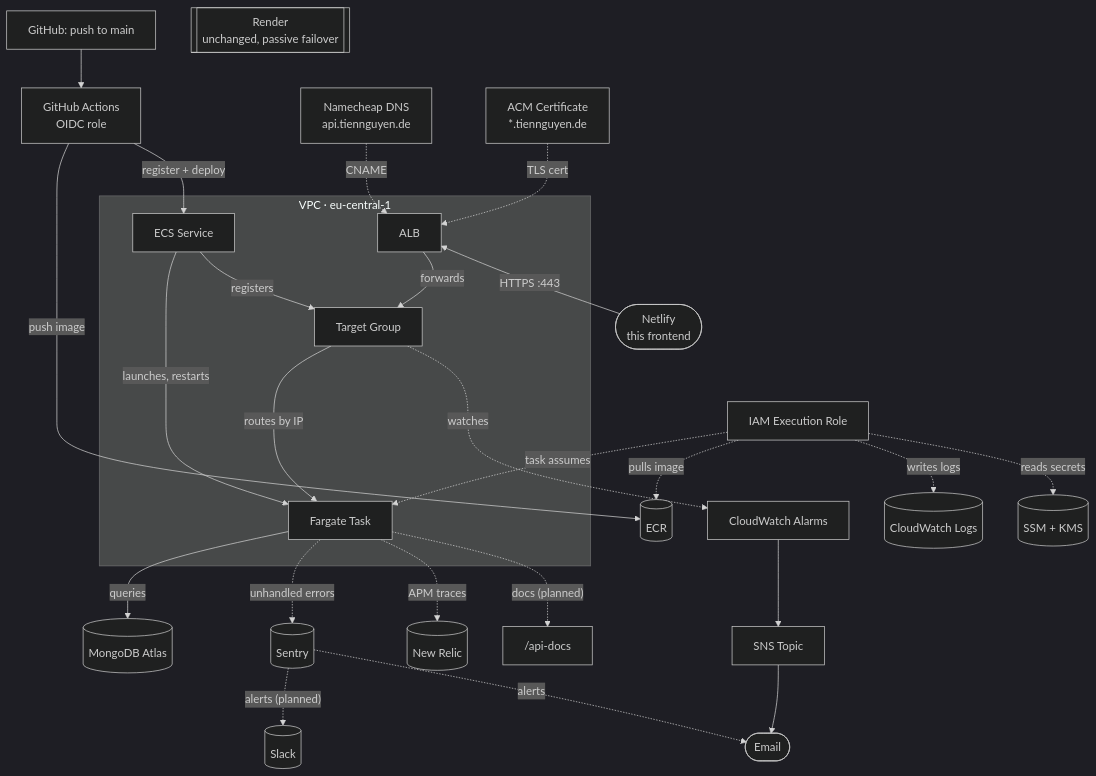
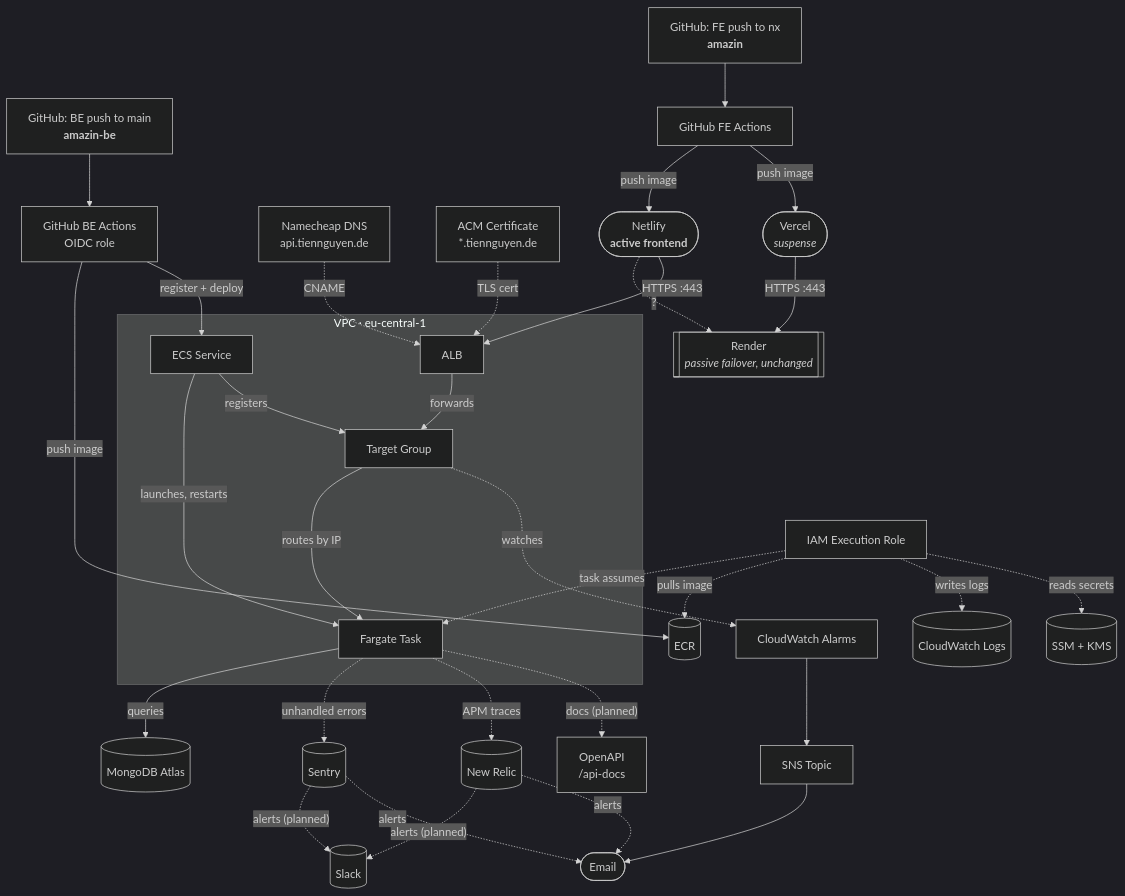
One commit to ntrix/amazin changed the diagram in README.md. Above: the diagram before and after it, drawn with Mermaid (dark theme).

Commit message:
docs(readme): split FE/BE GitHub Actions, add Vercel failover, New Relic alert edges

````diff
--- a/README.md
+++ b/README.md
@@ -103,40 +103,45 @@
 ```mermaid
 flowchart TB
-  GitHub["GitHub: push to main"] --> Actions["GitHub Actions<br/>OIDC role"]
-  Actions -->|"push image"| ECR[("ECR")]
-  Actions -->|"register + deploy"| Service
+  GitHubBE["GitHub: BE push to main<br/><b>amazin-be</b>"] --> ActionsBE["GitHub BE Actions<br/>OIDC role"]
+  ActionsBE -->|"push image"| ECR[("ECR")]
+  ActionsBE -->|"register + deploy"| Service
 
   DNS["Namecheap DNS<br/>api.tiennguyen.de"] -. CNAME .-> ALB
   ACM["ACM Certificate<br/>*.tiennguyen.de"] -. "TLS cert" .-> ALB
 
-  ~~~Netlify(["Netlify<br/>this frontend"]) -->|"HTTPS :443"| ALB["ALB"]
+  GitHubFE["GitHub: FE push to nx<br/><b>amazin</b>"] --> ActionsFE["GitHub FE Actions"]
+  ActionsFE -->|"push image"| Netlify(["Netlify<br/><b>active frontend</b>"]) .->|"?"| Render
+  Netlify -->|"HTTPS :443"| ALB["ALB"]
+  ActionsFE -->|"push image"| Vercel(["Vercel<br/><i>suspense</i>"]) -->|"HTTPS :443"| Render
   ALB -->|forwards| TG["Target Group"]
   TG -->|"routes by IP"| Task["Fargate Task"]
   Task -->|queries| Mongo[("MongoDB Atlas")]
   Service["ECS Service"] -->|"launches, restarts"| Task
   Service -->|registers| TG
 
   ~~~Role["IAM Execution Role"] -. "task assumes" .-> Task
   Role -. "pulls image" .-> ECR
   Role -. "writes logs" .-> Logs[("CloudWatch Logs")]
   Role -. "reads secrets" .-> SSM[("SSM + KMS")]
 
   TG -. watches .-> Alarms["CloudWatch Alarms"]
   Alarms --> SNS["SNS Topic"]
   SNS --> Email([Email])
 
   Task -. "unhandled errors" .-> Sentry[("Sentry")]
   Task -. "APM traces" .-> NewRelic[("New Relic")]
-  Task -. "docs (planned)" .-> OpenAPI["/api-docs"]
+  Task -. "docs (planned)" .-> OpenAPI["OpenAPI<br>/api-docs"]
   Sentry -. "alerts (planned)" .-> Slack[("Slack")]
   Sentry -. alerts .-> Email
+  NewRelic -. "alerts (planned)" .-> Slack
+  NewRelic -. alerts .-> Email
 
-  Render[["Render<br/>unchanged, passive failover"]]
+  Render[["Render<br/><i>passive failover, unchanged</i>"]]
 
   subgraph VPC["VPC · eu-central-1"]
     ALB
     TG
     Task
     Service
   end
 ```
````
